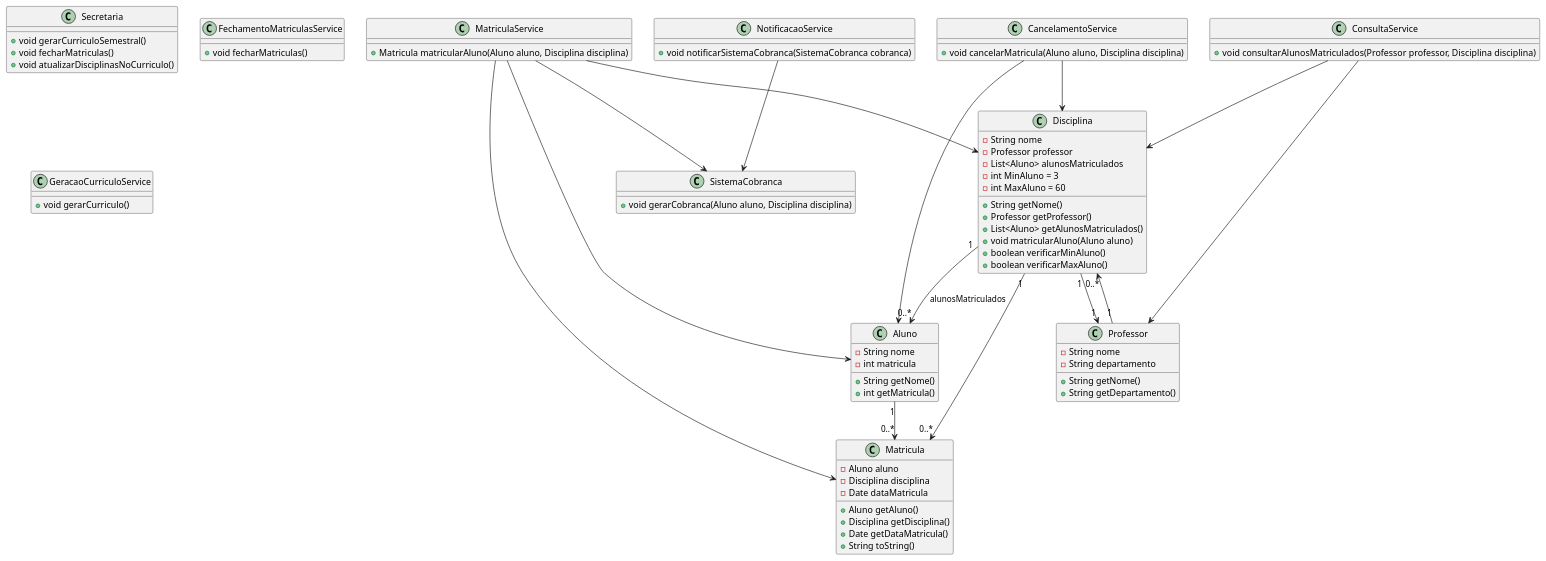
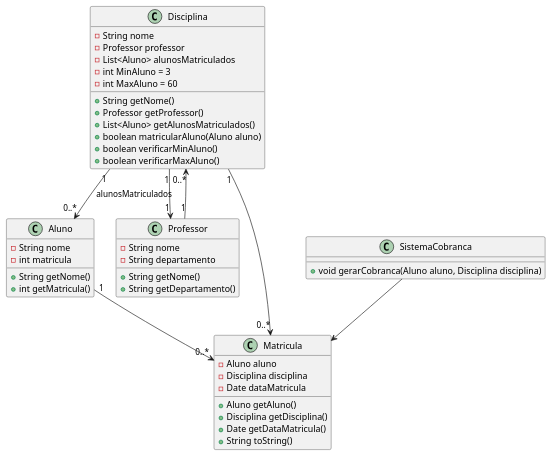
One commit to diascw/sistema-de-matricula changed the diagram in project/diagramas/diagrama-de-classe.puml. Above: the diagram before and after it, drawn with PlantUML.

Commit message:
correção diagrama

```diff
--- a/project/diagramas/diagrama-de-classe.puml
+++ b/project/diagramas/diagrama-de-classe.puml
@@ -1,90 +1,52 @@
 @startuml
 
 class Aluno {
     - String nome
     - int matricula
     + String getNome()
     + int getMatricula()
 }
 
 class Disciplina {
     - String nome
     - Professor professor
     - List<Aluno> alunosMatriculados
     - int MinAluno = 3
     - int MaxAluno = 60
     + String getNome()
     + Professor getProfessor()
     + List<Aluno> getAlunosMatriculados()
-    + void matricularAluno(Aluno aluno)
+    + boolean matricularAluno(Aluno aluno)
     + boolean verificarMinAluno()
     + boolean verificarMaxAluno()
 }
 
 class Professor {
     - String nome
     - String departamento
     + String getNome()
     + String getDepartamento()
 }
 
 class Matricula {
     - Aluno aluno
     - Disciplina disciplina
     - Date dataMatricula
     + Aluno getAluno()
     + Disciplina getDisciplina()
     + Date getDataMatricula()
     + String toString()
 }
 
 class SistemaCobranca {
     + void gerarCobranca(Aluno aluno, Disciplina disciplina)
 }
 
-class Secretaria {
-    + void gerarCurriculoSemestral()
-    + void fecharMatriculas()
-    + void atualizarDisciplinasNoCurriculo()
-}
-
-class MatriculaService {
-    + Matricula matricularAluno(Aluno aluno, Disciplina disciplina)
-}
-
-class CancelamentoService {
-    + void cancelarMatricula(Aluno aluno, Disciplina disciplina)
-}
-
-class ConsultaService {
-    + void consultarAlunosMatriculados(Professor professor, Disciplina disciplina)
-}
-
-class FechamentoMatriculasService {
-    + void fecharMatriculas()
-}
-
-class GeracaoCurriculoService {
-    + void gerarCurriculo()
-}
-
-class NotificacaoService {
-    + void notificarSistemaCobranca(SistemaCobranca cobranca)
-}
-
 Aluno "1" --> "0..*" Matricula
 Disciplina "1" --> "0..*" Matricula
 Professor "1" --> "0..*" Disciplina
 Disciplina "1" --> "0..*" Aluno : "alunosMatriculados"
 Disciplina "1" --> "1" Professor
-MatriculaService --> Matricula
-MatriculaService --> SistemaCobranca
-MatriculaService --> Aluno
-MatriculaService --> Disciplina
-CancelamentoService --> Aluno
-CancelamentoService --> Disciplina
-ConsultaService --> Professor
-ConsultaService --> Disciplina
-NotificacaoService --> SistemaCobranca
+SistemaCobranca --> Matricula
 
 @enduml
```
